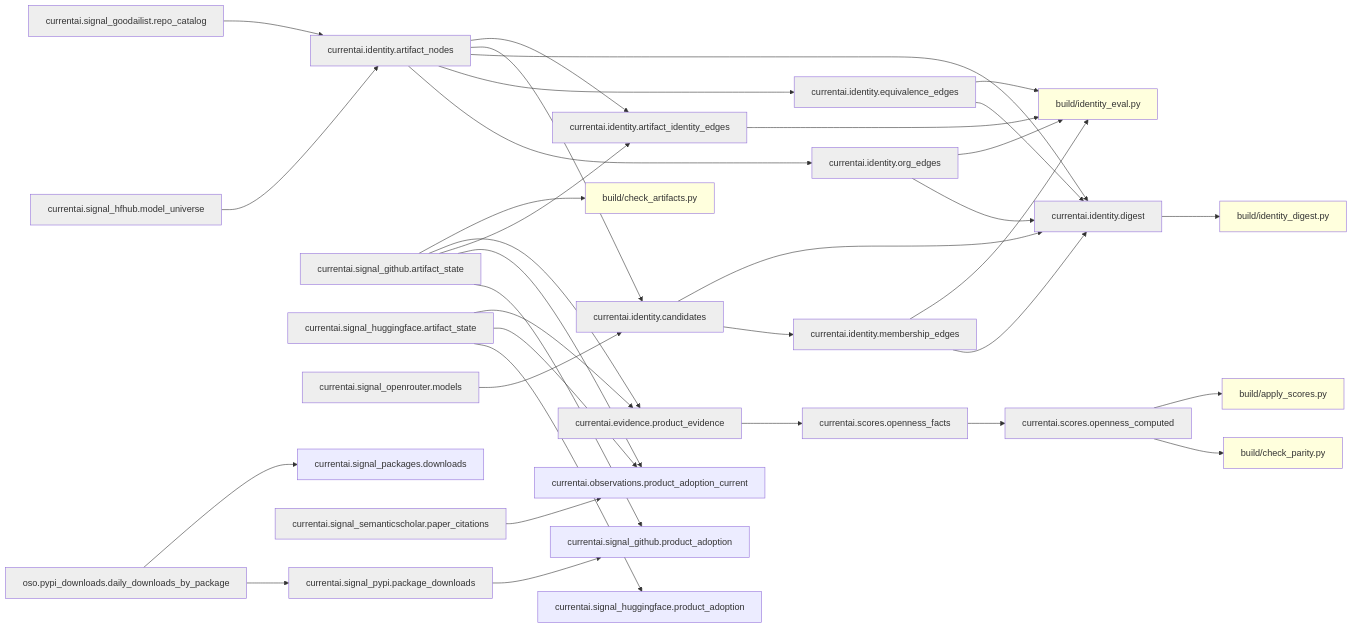
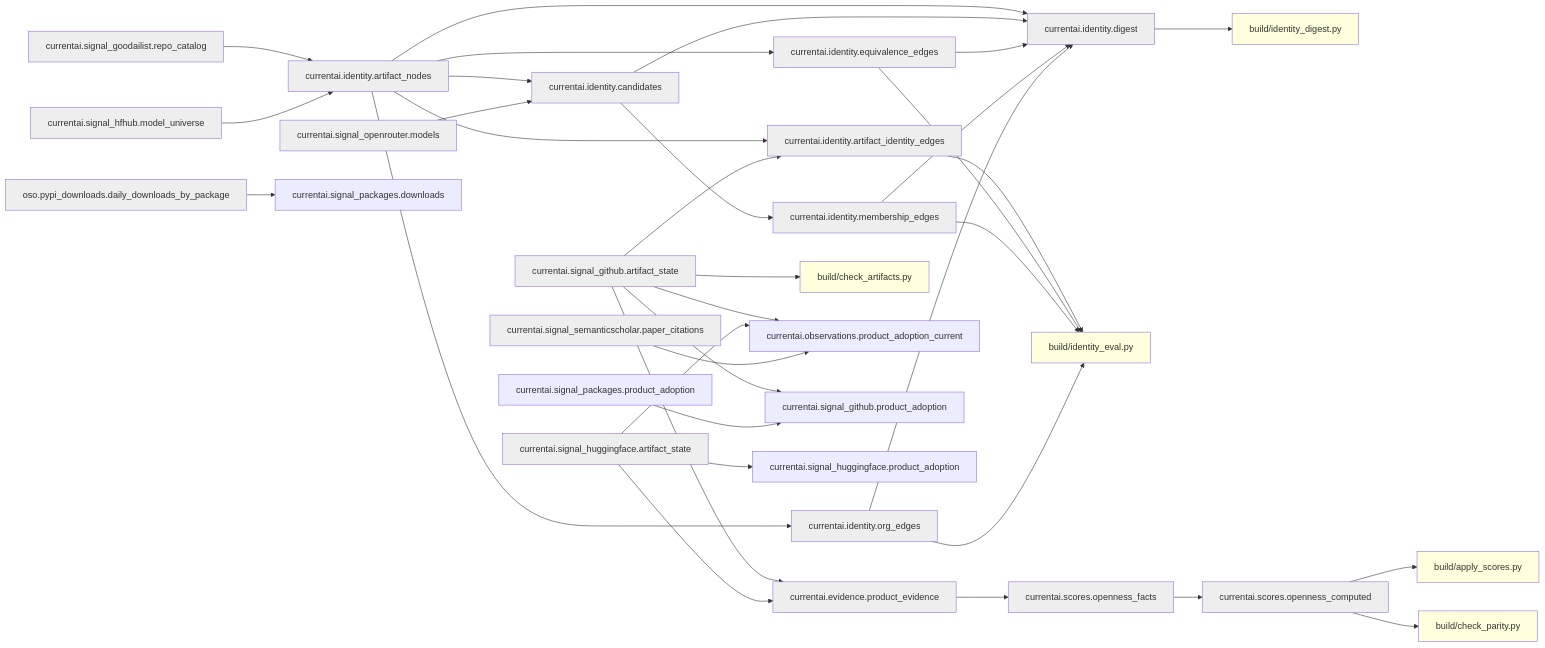
Before and after one commit to currentai-org/os-ai-map: the second of 3 diagrams in docs/architecture/current-state-dag.md, drawn with Mermaid. The commit also changed other lines of this file and 9 other files, not shown here.

````diff
--- a/docs/architecture/current-state-dag.md
+++ b/docs/architecture/current-state-dag.md
@@ -127,40 +127,39 @@
 ```mermaid
 graph LR
   currentai__evidence__product_evidence[currentai.evidence.product_evidence]:::dep --> currentai__scores__openness_facts[currentai.scores.openness_facts]:::dep
   currentai__identity__artifact_identity_edges[currentai.identity.artifact_identity_edges]:::dep --> build/identity_eval__py[build/identity_eval.py]:::audit
   currentai__identity__artifact_nodes[currentai.identity.artifact_nodes]:::dep --> currentai__identity__artifact_identity_edges[currentai.identity.artifact_identity_edges]:::dep
   currentai__identity__artifact_nodes[currentai.identity.artifact_nodes]:::dep --> currentai__identity__candidates[currentai.identity.candidates]:::dep
   currentai__identity__artifact_nodes[currentai.identity.artifact_nodes]:::dep --> currentai__identity__digest[currentai.identity.digest]:::dep
   currentai__identity__artifact_nodes[currentai.identity.artifact_nodes]:::dep --> currentai__identity__equivalence_edges[currentai.identity.equivalence_edges]:::dep
   currentai__identity__artifact_nodes[currentai.identity.artifact_nodes]:::dep --> currentai__identity__org_edges[currentai.identity.org_edges]:::dep
   currentai__identity__candidates[currentai.identity.candidates]:::dep --> currentai__identity__digest[currentai.identity.digest]:::dep
   currentai__identity__candidates[currentai.identity.candidates]:::dep --> currentai__identity__membership_edges[currentai.identity.membership_edges]:::dep
   currentai__identity__digest[currentai.identity.digest]:::dep --> build/identity_digest__py[build/identity_digest.py]:::audit
   currentai__identity__equivalence_edges[currentai.identity.equivalence_edges]:::dep --> build/identity_eval__py[build/identity_eval.py]:::audit
   currentai__identity__equivalence_edges[currentai.identity.equivalence_edges]:::dep --> currentai__identity__digest[currentai.identity.digest]:::dep
   currentai__identity__membership_edges[currentai.identity.membership_edges]:::dep --> build/identity_eval__py[build/identity_eval.py]:::audit
   currentai__identity__membership_edges[currentai.identity.membership_edges]:::dep --> currentai__identity__digest[currentai.identity.digest]:::dep
   currentai__identity__org_edges[currentai.identity.org_edges]:::dep --> build/identity_eval__py[build/identity_eval.py]:::audit
   currentai__identity__org_edges[currentai.identity.org_edges]:::dep --> currentai__identity__digest[currentai.identity.digest]:::dep
   currentai__scores__openness_computed[currentai.scores.openness_computed]:::dep --> build/apply_scores__py[build/apply_scores.py]:::audit
   currentai__scores__openness_computed[currentai.scores.openness_computed]:::dep --> build/check_parity__py[build/check_parity.py]:::audit
   currentai__scores__openness_facts[currentai.scores.openness_facts]:::dep --> currentai__scores__openness_computed[currentai.scores.openness_computed]:::dep
   currentai__signal_github__artifact_state[currentai.signal_github.artifact_state]:::dep --> build/check_artifacts__py[build/check_artifacts.py]:::audit
   currentai__signal_github__artifact_state[currentai.signal_github.artifact_state]:::dep --> currentai__evidence__product_evidence[currentai.evidence.product_evidence]:::dep
   currentai__signal_github__artifact_state[currentai.signal_github.artifact_state]:::dep --> currentai__identity__artifact_identity_edges[currentai.identity.artifact_identity_edges]:::dep
   currentai__signal_github__artifact_state[currentai.signal_github.artifact_state]:::dep --> currentai__observations__product_adoption_current[currentai.observations.product_adoption_current]
   currentai__signal_github__artifact_state[currentai.signal_github.artifact_state]:::dep --> currentai__signal_github__product_adoption[currentai.signal_github.product_adoption]
   currentai__signal_goodailist__repo_catalog[currentai.signal_goodailist.repo_catalog]:::dep --> currentai__identity__artifact_nodes[currentai.identity.artifact_nodes]:::dep
   currentai__signal_hfhub__model_universe[currentai.signal_hfhub.model_universe]:::dep --> currentai__identity__artifact_nodes[currentai.identity.artifact_nodes]:::dep
   currentai__signal_huggingface__artifact_state[currentai.signal_huggingface.artifact_state]:::dep --> currentai__evidence__product_evidence[currentai.evidence.product_evidence]:::dep
   currentai__signal_huggingface__artifact_state[currentai.signal_huggingface.artifact_state]:::dep --> currentai__observations__product_adoption_current[currentai.observations.product_adoption_current]
   currentai__signal_huggingface__artifact_state[currentai.signal_huggingface.artifact_state]:::dep --> currentai__signal_huggingface__product_adoption[currentai.signal_huggingface.product_adoption]
   currentai__signal_openrouter__models[currentai.signal_openrouter.models]:::dep --> currentai__identity__candidates[currentai.identity.candidates]:::dep
-  currentai__signal_pypi__package_downloads[currentai.signal_pypi.package_downloads]:::dep --> currentai__signal_github__product_adoption[currentai.signal_github.product_adoption]
+  currentai__signal_packages__product_adoption[currentai.signal_packages.product_adoption] --> currentai__signal_github__product_adoption[currentai.signal_github.product_adoption]
   currentai__signal_semanticscholar__paper_citations[currentai.signal_semanticscholar.paper_citations]:::dep --> currentai__observations__product_adoption_current[currentai.observations.product_adoption_current]
   oso__pypi_downloads__daily_downloads_by_package[oso.pypi_downloads.daily_downloads_by_package]:::dep --> currentai__signal_packages__downloads[currentai.signal_packages.downloads]
-  oso__pypi_downloads__daily_downloads_by_package[oso.pypi_downloads.daily_downloads_by_package]:::dep --> currentai__signal_pypi__package_downloads[currentai.signal_pypi.package_downloads]:::dep
   classDef dep fill:#eee;
   classDef audit fill:#ffd;
   classDef src fill:#def;
 ```
````
